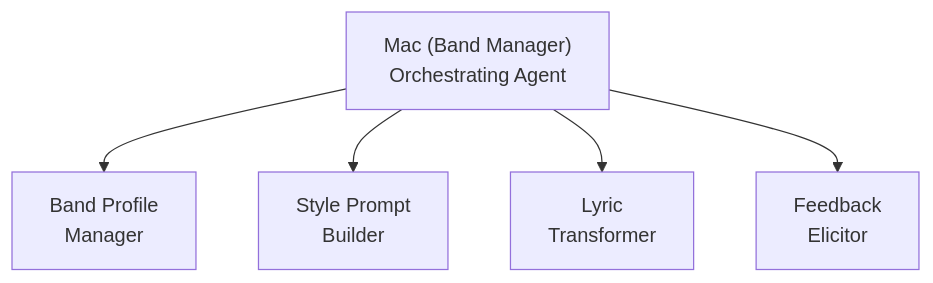
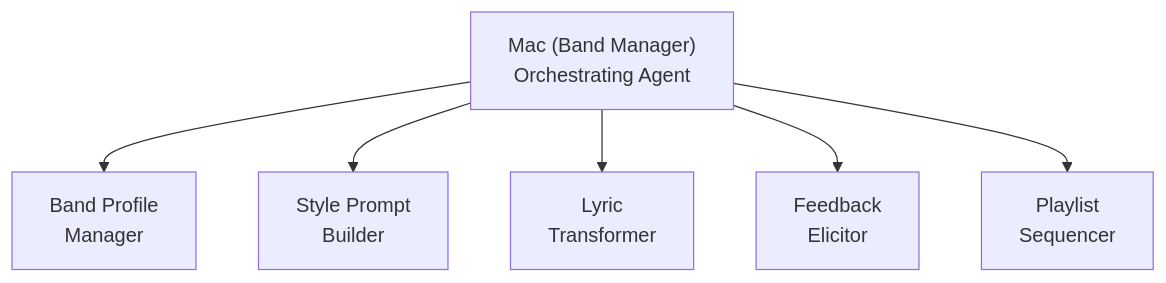
Before and after one commit to zarlor/suno-band-manager: the diagram in src/skills/suno-agent-band-manager/references/README.md, drawn with Mermaid. The commit also changed other lines of this file and 288 other files, not shown here.

````diff
--- a/src/skills/suno-agent-band-manager/references/README.md
+++ b/src/skills/suno-agent-band-manager/references/README.md
@@ -32,13 +32,15 @@
 ```mermaid
 graph TD
     Mac["Mac (Band Manager)<br/>Orchestrating Agent"]
     BPM["Band Profile<br/>Manager"]
     SPB["Style Prompt<br/>Builder"]
     LT["Lyric<br/>Transformer"]
     FE["Feedback<br/>Elicitor"]
+    PS["Playlist<br/>Sequencer"]
 
     Mac --> BPM
     Mac --> SPB
     Mac --> LT
     Mac --> FE
+    Mac --> PS
 ```
````
